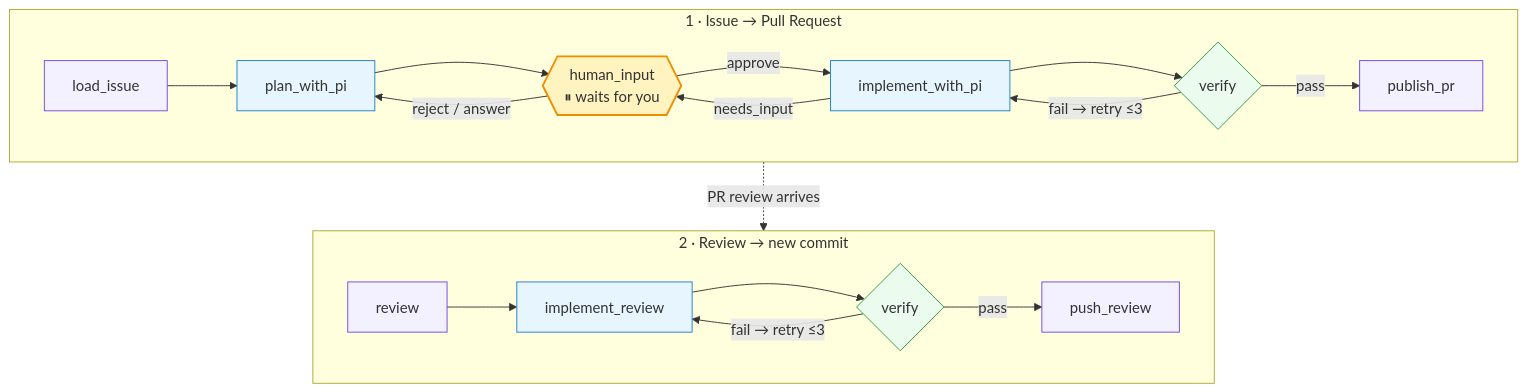
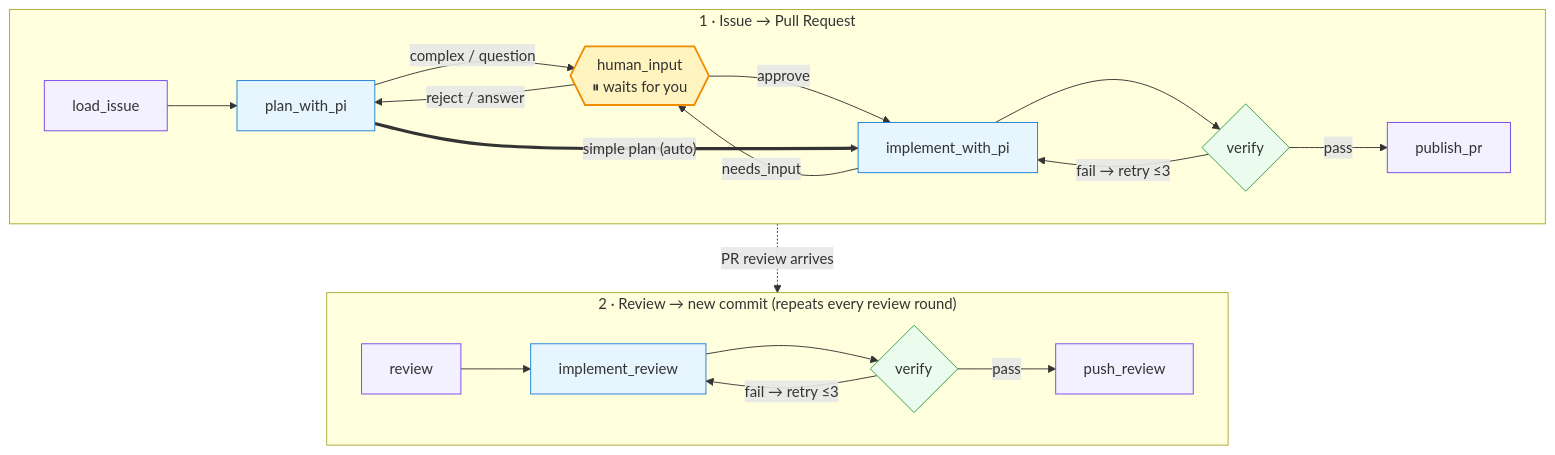
The diagram in docs/graph-slide.mmd (NetanelRotem/agent-demo-taskboard), drawn with Mermaid before and after one commit. The commit also changed 28 other files, not shown here.

First line of the commit message:
Add live dashboard, review rounds, and complexity-based plan approval

```diff
--- a/docs/graph-slide.mmd
+++ b/docs/graph-slide.mmd
@@ -1,29 +1,30 @@
 flowchart TB
     subgraph A["1 · Issue → Pull Request"]
         direction LR
         L[load_issue] --> P[plan_with_pi]
-        P --> H{{"human_input<br/>⏸ waits for you"}}
+        P -->|"complex / question"| H{{"human_input<br/>⏸ waits for you"}}
         H -->|approve| I[implement_with_pi]
+        P ==>|"simple plan (auto)"| I
         H -->|"reject / answer"| P
         I -->|needs_input| H
         I --> V{verify}
         V -->|"fail → retry ≤3"| I
         V -->|pass| PR[publish_pr]
     end
-    subgraph B["2 · Review → new commit"]
+    subgraph B["2 · Review → new commit (repeats every review round)"]
         direction LR
         R[review] --> IR[implement_review]
         IR --> V2{verify}
         V2 -->|"fail → retry ≤3"| IR
         V2 -->|pass| PU[push_review]
     end
-    PR -.->|"PR review arrives"| R
+    A -.->|"PR review arrives"| B
 
     classDef pi fill:#e7f5ff,stroke:#1c7ed6
     classDef human fill:#fff3bf,stroke:#f08c00,stroke-width:2px
     classDef check fill:#ebfbee,stroke:#2f9e44
     classDef git fill:#f3f0ff,stroke:#7048e8
     class P,I,IR pi
     class H human
     class V,V2 check
     class PR,PU,R,L git
```
